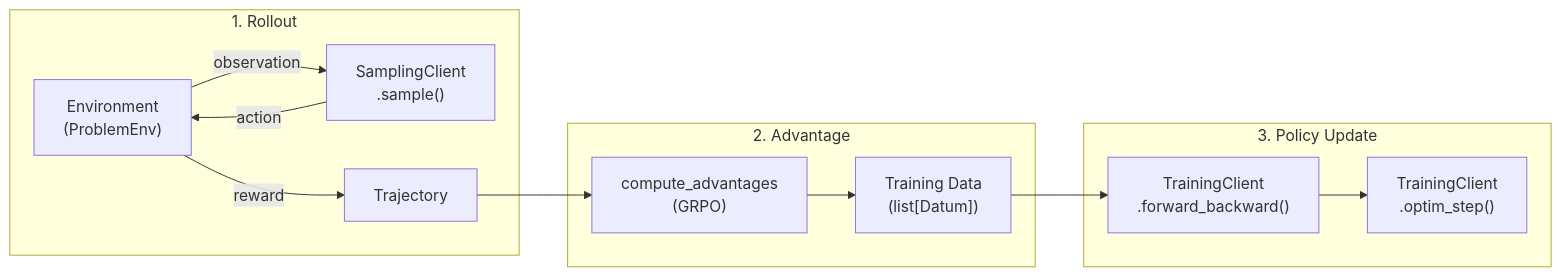
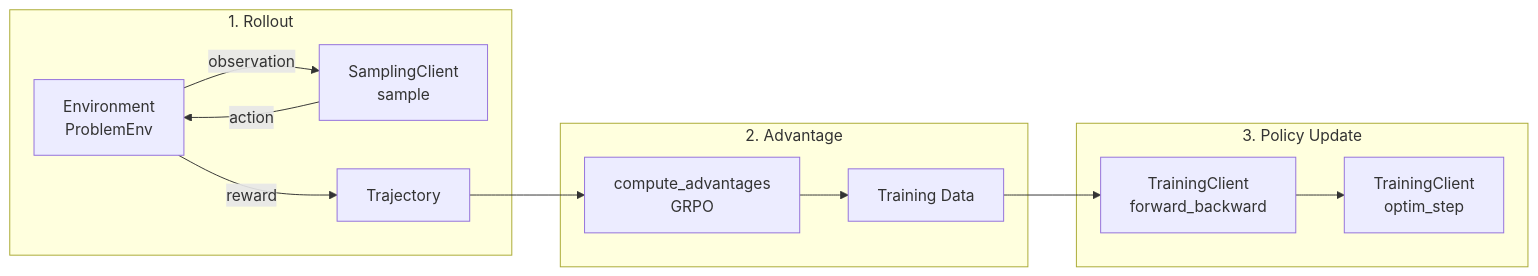
The fifth of 5 diagrams in README.md (josephgec/finetuning), drawn with Mermaid before and after one commit. The commit also changed other lines of this file, not shown here.

First line of the commit message:
Fix Mermaid diagram syntax errors in README

````diff
--- a/README.md
+++ b/README.md
@@ -141,18 +137,18 @@
 ```mermaid
 graph LR
     subgraph "1. Rollout"
-        E["Environment<br/>(ProblemEnv)"] -->|observation| SC["SamplingClient<br/>.sample()"]
+        E["Environment<br/>ProblemEnv"] -->|observation| SC["SamplingClient<br/>sample"]
         SC -->|action| E
         E -->|reward| T["Trajectory"]
     end
 
     subgraph "2. Advantage"
-        T --> CA["compute_advantages<br/>(GRPO)"]
-        CA --> D["Training Data<br/>(list[Datum])"]
+        T --> CA["compute_advantages<br/>GRPO"]
+        CA --> D["Training Data"]
     end
 
     subgraph "3. Policy Update"
-        D --> FB["TrainingClient<br/>.forward_backward()"]
-        FB --> OS["TrainingClient<br/>.optim_step()"]
+        D --> FB["TrainingClient<br/>forward_backward"]
+        FB --> OS["TrainingClient<br/>optim_step"]
     end
 ```
````
